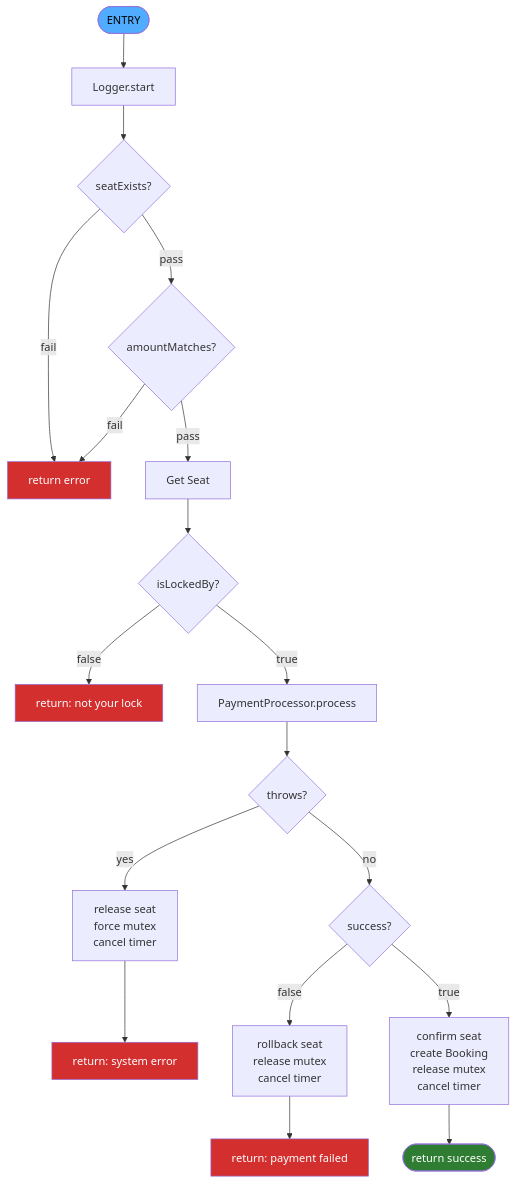
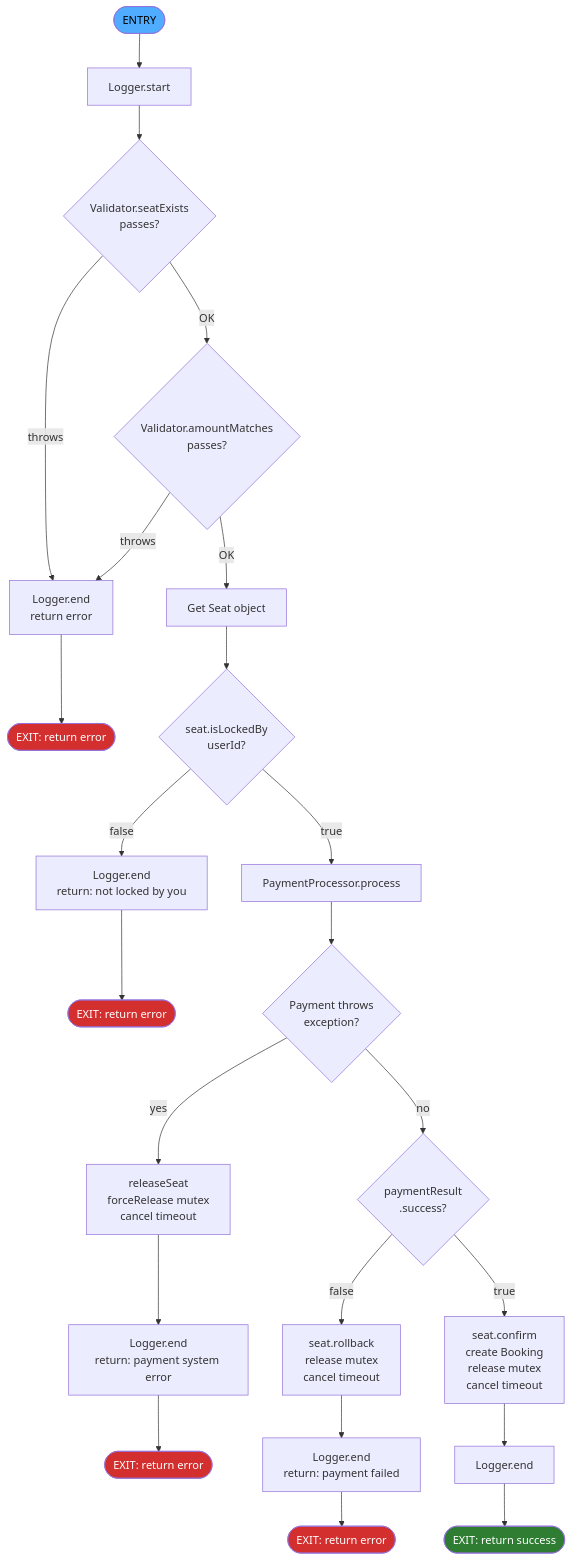
The fourth of 4 diagrams in README.md (mhmdnrllnwr/Real-Time-Ticketing-System), drawn with Mermaid before and after one commit. The commit also changed other lines of this file, not shown here.

````diff
--- a/README.md
+++ b/README.md
@@ -190,27 +370,32 @@
 ```mermaid
 flowchart TD
     START([ENTRY]) --> S1[Logger.start]
-    S1 --> D1{seatExists?}
-    D1 -->|fail| E1[return error]
-    D1 -->|pass| D2{amountMatches?}
-    D2 -->|fail| E1
-    D2 -->|pass| S2[Get Seat]
-    S2 --> D3{isLockedBy?}
-    D3 -->|false| E2[return: not your lock]
+    S1 --> D1{Validator.seatExists<br>passes?}
+    D1 -->|throws| E1[Logger.end<br>return error]
+    D1 -->|OK| D2{Validator.amountMatches<br>passes?}
+    D2 -->|throws| E1
+    D2 -->|OK| S2[Get Seat object]
+    S2 --> D3{seat.isLockedBy<br>userId?}
+    D3 -->|false| E2[Logger.end<br>return: not locked by you]
     D3 -->|true| S3[PaymentProcessor.process]
-    S3 --> D4{throws?}
-    D4 -->|yes| S4[release seat<br>force mutex<br>cancel timer]
-    S4 --> E3[return: system error]
-    D4 -->|no| D5{success?}
-    D5 -->|false| S5[rollback seat<br>release mutex<br>cancel timer]
-    S5 --> E4[return: payment failed]
-    D5 -->|true| S6[confirm seat<br>create Booking<br>release mutex<br>cancel timer]
-    S6 --> SUCCESS([return success])
+    S3 --> D4{Payment throws<br>exception?}
+    D4 -->|yes| S4[releaseSeat<br>forceRelease mutex<br>cancel timeout]
+    S4 --> E3[Logger.end<br>return: payment system error]
+    D4 -->|no| D5{paymentResult<br>.success?}
+    D5 -->|false| S5[seat.rollback<br>release mutex<br>cancel timeout]
+    S5 --> E4[Logger.end<br>return: payment failed]
+    D5 -->|true| S6[seat.confirm<br>create Booking<br>release mutex<br>cancel timeout]
+    S6 --> S7[Logger.end]
+    S7 --> SUCCESS([EXIT: return success])
+    E1 --> EXIT1([EXIT: return error])
+    E2 --> EXIT2([EXIT: return error])
+    E3 --> EXIT3([EXIT: return error])
+    E4 --> EXIT4([EXIT: return error])
 
     style START fill:#4facfe,color:#000
     style SUCCESS fill:#2e7d32,color:#fff
-    style E1 fill:#d32f2f,color:#fff
-    style E2 fill:#d32f2f,color:#fff
-    style E3 fill:#d32f2f,color:#fff
-    style E4 fill:#d32f2f,color:#fff
+    style EXIT1 fill:#d32f2f,color:#fff
+    style EXIT2 fill:#d32f2f,color:#fff
+    style EXIT3 fill:#d32f2f,color:#fff
+    style EXIT4 fill:#d32f2f,color:#fff
 ```
````
